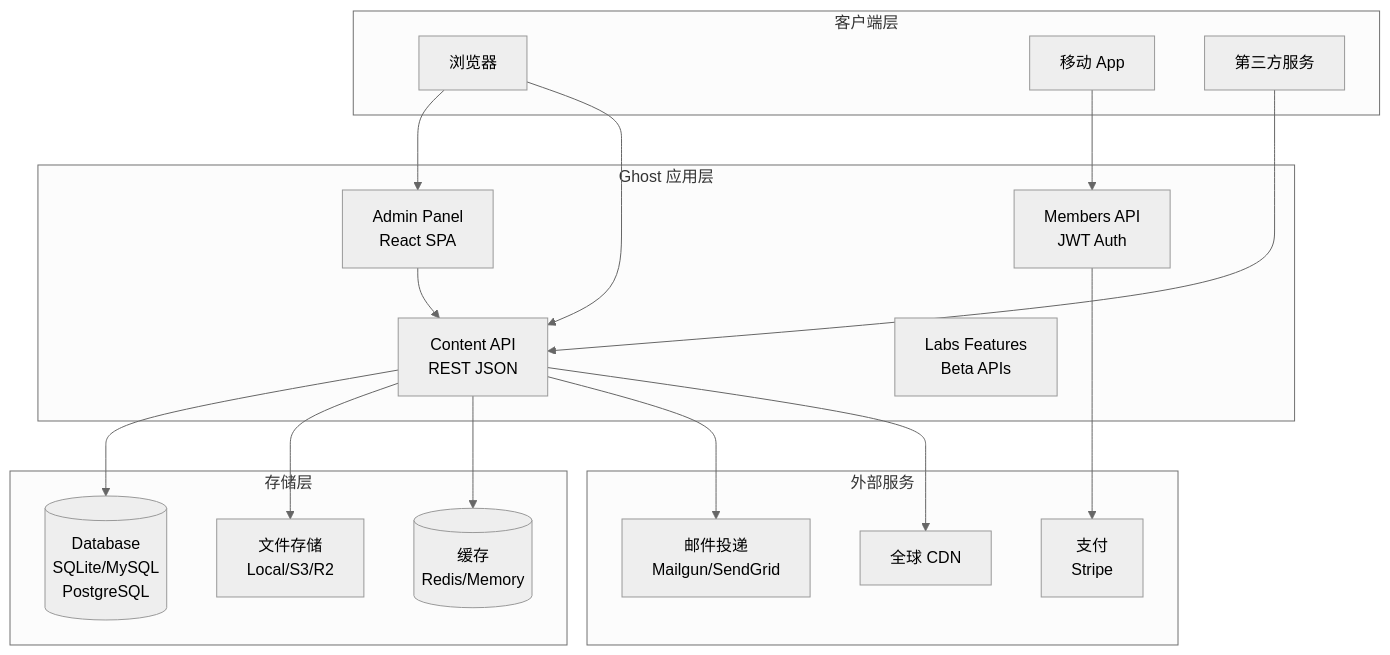
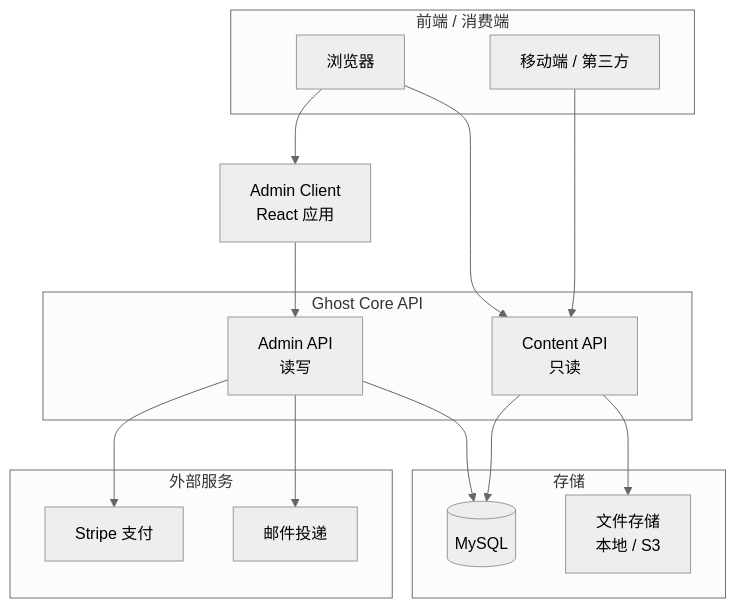
Before and after one commit to A1pha3/text-matrix: the first of 2 diagrams in content/posts/tech/tools/ghost-headless-cms-expert-guide.md, drawn with Mermaid (neutral theme). The commit also changed other lines of this file and 5 other files, not shown here.

````diff
--- a/content/posts/tech/tools/ghost-headless-cms-expert-guide.md
+++ b/content/posts/tech/tools/ghost-headless-cms-expert-guide.md
@@ -86,41 +53,32 @@
 ```mermaid
 graph TD
-    subgraph Client["客户端层"]
+    subgraph Client["前端 / 消费端"]
         Browser[浏览器]
-        MobileApp[移动 App]
-        ThirdParty[第三方服务]
+        App[移动端 / 第三方]
     end
 
-    subgraph Ghost["Ghost 应用层"]
-        AdminPanel[Admin Panel<br/>React SPA]
-        API[Content API<br/>REST JSON]
-        MembersAPI[Members API<br/>JWT Auth]
-        Labs[Labs Features<br/>Beta APIs]
+    subgraph Core["Ghost Core API"]
+        ContentAPI[Content API<br/>只读]
+        AdminAPI[Admin API<br/>读写]
     end
 
-    subgraph Storage["存储层"]
-        Database[(Database<br/>SQLite/MySQL<br/>PostgreSQL)]
-        FileStorage[文件存储<br/>Local/S3/R2]
-        Cache[(缓存<br/>Redis/Memory)]
+    subgraph Storage["存储"]
+        DB[(MySQL)]
+        Files[文件存储<br/>本地 / S3]
     end
 
-    subgraph External["外部服务"]
-        EmailProvider[邮件投递<br/>Mailgun/SendGrid]
-        CDN[全球 CDN]
-        Stripe[支付<br/>Stripe]
+    subgraph Services["外部服务"]
+        Stripe[Stripe 支付]
+        Mail[邮件投递]
     end
 
-    Browser --> AdminPanel
-    Browser --> API
-    ThirdParty --> API
-    MobileApp --> MembersAPI
-    
-    AdminPanel --> API
-    API --> Database
-    API --> FileStorage
-    API --> Cache
-    
-    MembersAPI --> Stripe
-    API --> EmailProvider
-    API --> CDN
+    Browser --> AdminClient[Admin Client<br/>React 应用]
+    AdminClient --> AdminAPI
+    Browser --> ContentAPI
+    App --> ContentAPI
+    AdminAPI --> DB
+    ContentAPI --> DB
+    ContentAPI --> Files
+    AdminAPI --> Stripe
+    AdminAPI --> Mail
 ```
````
